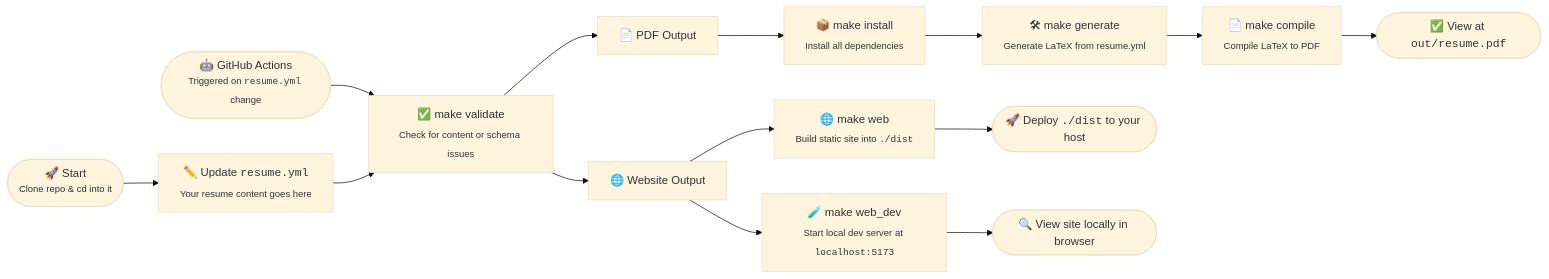
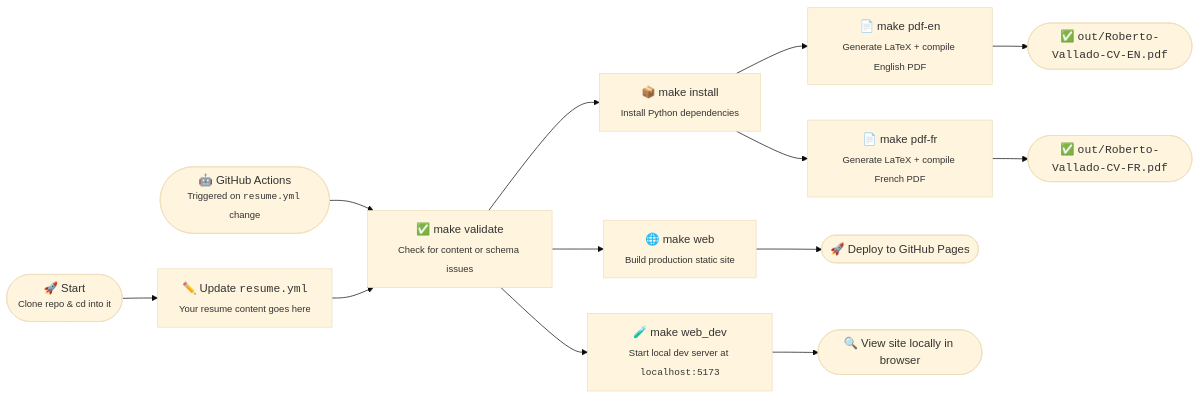
One commit to RobertoVallado/cv changed the diagram in .github/README.md. Above: the diagram before and after it, drawn with Mermaid (base theme). The commit also changed other lines of this file and 7 other files, not shown here.

Commit message:
FIX bug with discrepancy betwen  built resume and updates on the yml

````diff
--- a/.github/README.md
+++ b/.github/README.md
@@ -56,21 +57,20 @@
 ```mermaid
 flowchart LR
     GA([🤖 GitHub Actions<br><sup>Triggered on <code>resume.yml</code> change</sup>]) --> A3
 
     A1([🚀 Start<br><sup>Clone repo & cd into it</sup>]) --> A2[✏️ Update <code>resume.yml</code><br><sub>Your resume content goes here</sub>]
     A2 --> A3[✅ make validate<br><sub>Check for content or schema issues</sub>]
 
     %% PDF PATH
-    A3 --> PDF[📄 PDF Output]
-    PDF --> B1[📦 make install<br><sub>Install all dependencies</sub>]
-    B1 --> B2[🛠 make generate<br><sub>Generate LaTeX from resume.yml</sub>]
-    B2 --> B3[📄 make compile<br><sub>Compile LaTeX to PDF</sub>]
-    B3 --> B4([✅ View at <code>out/resume.pdf</code>])
+    A3 --> B1[📦 make install<br><sub>Install Python dependencies</sub>]
+    B1 --> B2[📄 make pdf-en<br><sub>Generate LaTeX + compile English PDF</sub>]
+    B1 --> B3[📄 make pdf-fr<br><sub>Generate LaTeX + compile French PDF</sub>]
+    B2 --> B4([✅ <code>out/Roberto-Vallado-CV-EN.pdf</code>])
+    B3 --> B5([✅ <code>out/Roberto-Vallado-CV-FR.pdf</code>])
 
     %% WEB PATH
-    A3 --> Web[🌐 Website Output]
-    Web --> C1[🌐 make web<br><sub>Build static site into <code>./dist</code></sub>]
-    Web --> C2[🧪 make web_dev<br><sub>Start local dev server at <code>localhost:5173</code></sub>]
-    C1 --> C3([🚀 Deploy <code>./dist</code> to your host])
+    A3 --> C1[🌐 make web<br><sub>Build production static site</sub>]
+    A3 --> C2[🧪 make web_dev<br><sub>Start local dev server at <code>localhost:5173</code></sub>]
+    C1 --> C3([🚀 Deploy to GitHub Pages])
     C2 --> C4([🔍 View site locally in browser])
 ```
````
